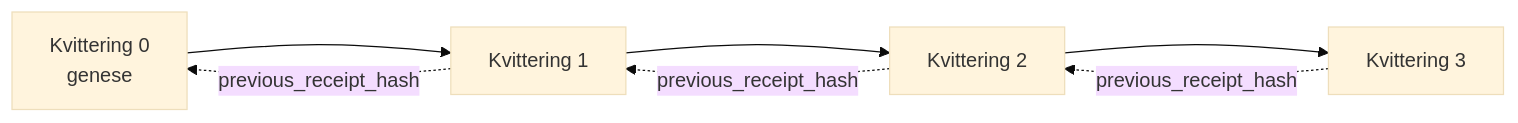
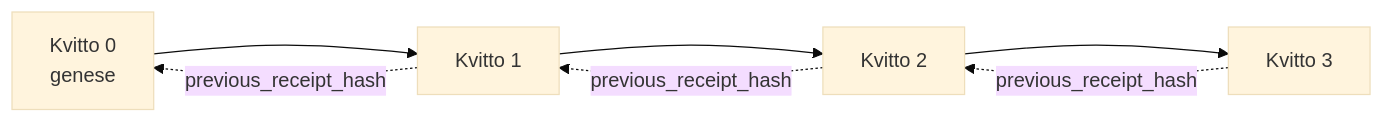
One commit to microsoft/ai-agents-for-beginners changed the second of 2 diagrams in translations/no/18-securing-ai-agents/README.md. Above: the diagram before and after it, drawn with Mermaid (base theme). The commit also changed other lines of this file and 47 other files, not shown here.

````diff
--- a/translations/no/18-securing-ai-agents/README.md
+++ b/translations/no/18-securing-ai-agents/README.md
@@ -206,9 +203,9 @@
 ```mermaid
 flowchart LR
-    R0[Kvittering 0<br/>genese] --> R1[Kvittering 1]
-    R1 --> R2[Kvittering 2]
-    R2 --> R3[Kvittering 3]
+    R0[Kvitto 0<br/>genese] --> R1[Kvitto 1]
+    R1 --> R2[Kvitto 2]
+    R2 --> R3[Kvitto 3]
     R1 -. previous_receipt_hash .-> R0
     R2 -. previous_receipt_hash .-> R1
     R3 -. previous_receipt_hash .-> R2
 ```
````
